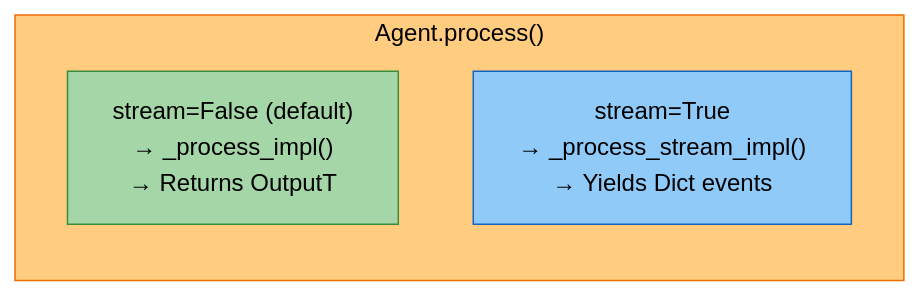
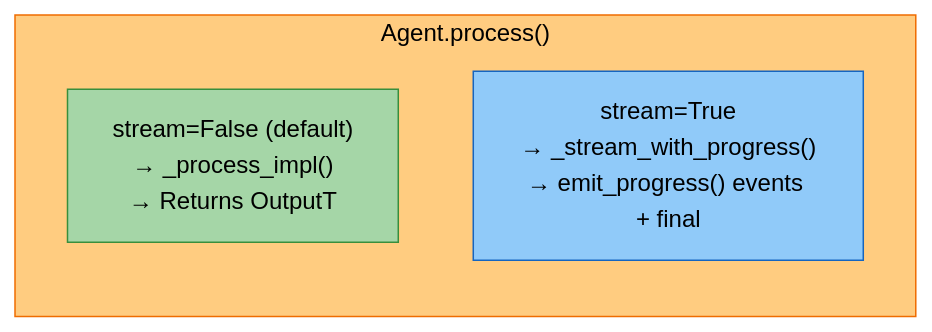
One commit to amit-jain/cogniverse changed diagram 15 of 20 in docs/modules/agents.md. Above: the diagram before and after it, drawn with Mermaid (base theme). The commit also changed other lines of this file and 66 other files, not shown here.

First line of the commit message:
Wire VLM processor, adopt Reason-ModernColBERT, add emit_progress streaming

````diff
--- a/docs/modules/agents.md
+++ b/docs/modules/agents.md
@@ -3160,11 +3160,11 @@
 ```mermaid
 flowchart LR
     subgraph Process["<span style='color:#000'>Agent.process()</span>"]
         NonStream["<span style='color:#000'>stream=False (default)<br/>→ _process_impl()<br/>→ Returns OutputT</span>"]
-        Stream["<span style='color:#000'>stream=True<br/>→ _process_stream_impl()<br/>→ Yields Dict events</span>"]
+        Stream["<span style='color:#000'>stream=True<br/>→ _stream_with_progress()<br/>→ emit_progress() events + final</span>"]
     end
 
     style Process fill:#ffcc80,stroke:#ef6c00,color:#000
     style NonStream fill:#a5d6a7,stroke:#388e3c,color:#000
     style Stream fill:#90caf9,stroke:#1565c0,color:#000
 ```
````
